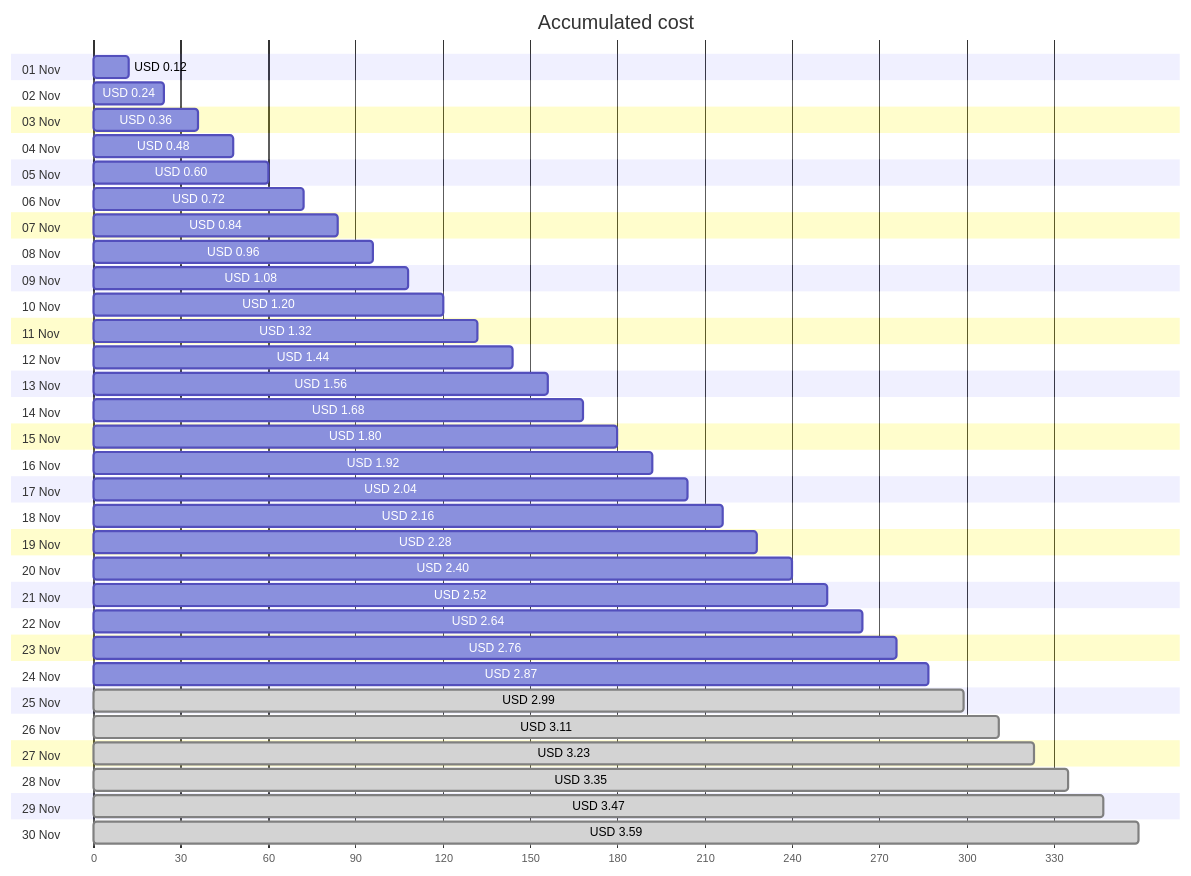
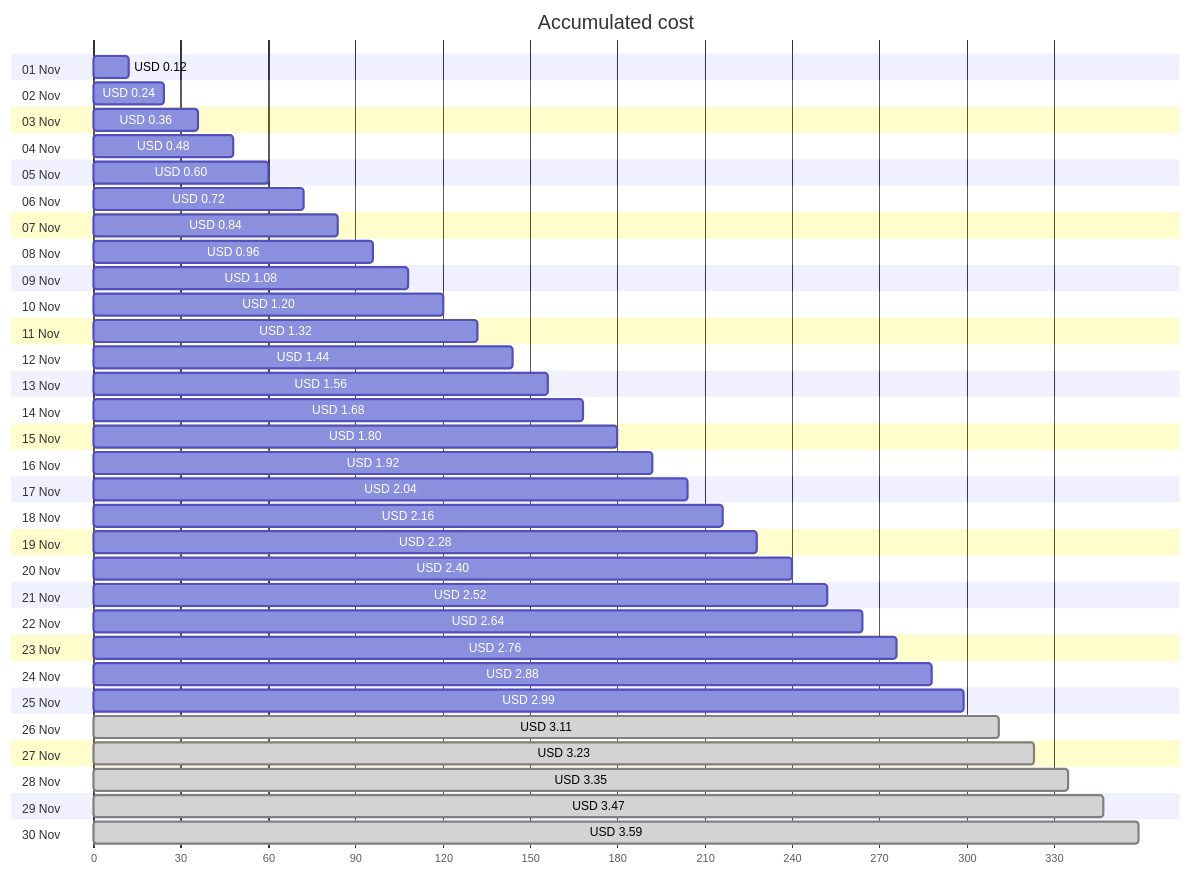
One commit to jpfulton/azure-personal-reports changed the first of 4 diagrams in cost-reports/personal-network/backup-server-public-ip.md. Above: the diagram before and after it, drawn with Mermaid. The commit also changed other lines of this file and 8 other files, not shown here.

````diff
--- a/cost-reports/personal-network/backup-server-public-ip.md
+++ b/cost-reports/personal-network/backup-server-public-ip.md
@@ -20,66 +20,66 @@
 ```mermaid
 gantt
    title Accumulated cost
    dateFormat  X
    axisFormat %s
    section 01 Nov
    USD 0.12 :0, 12
    section 02 Nov
    USD 0.24 :0, 24
    section 03 Nov
    USD 0.36 :0, 36
    section 04 Nov
    USD 0.48 :0, 48
    section 05 Nov
    USD 0.60 :0, 60
    section 06 Nov
    USD 0.72 :0, 72
    section 07 Nov
    USD 0.84 :0, 84
    section 08 Nov
    USD 0.96 :0, 96
    section 09 Nov
    USD 1.08 :0, 108
    section 10 Nov
    USD 1.20 :0, 120
    section 11 Nov
    USD 1.32 :0, 132
    section 12 Nov
    USD 1.44 :0, 144
    section 13 Nov
    USD 1.56 :0, 156
    section 14 Nov
    USD 1.68 :0, 168
    section 15 Nov
    USD 1.80 :0, 180
    section 16 Nov
    USD 1.92 :0, 192
    section 17 Nov
    USD 2.04 :0, 204
    section 18 Nov
    USD 2.16 :0, 216
    section 19 Nov
    USD 2.28 :0, 228
    section 20 Nov
    USD 2.40 :0, 240
    section 21 Nov
    USD 2.52 :0, 252
    section 22 Nov
    USD 2.64 :0, 264
    section 23 Nov
    USD 2.76 :0, 276
    section 24 Nov
-   USD 2.87 :0, 287
+   USD 2.88 :0, 288
    section 25 Nov
-   USD 2.99 : done, 0, 299
+   USD 2.99 :0, 299
    section 26 Nov
    USD 3.11 : done, 0, 311
    section 27 Nov
    USD 3.23 : done, 0, 323
    section 28 Nov
    USD 3.35 : done, 0, 335
    section 29 Nov
    USD 3.47 : done, 0, 347
    section 30 Nov
    USD 3.59 : done, 0, 359
 ```
````
